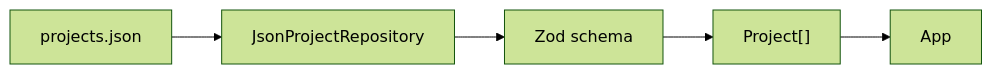
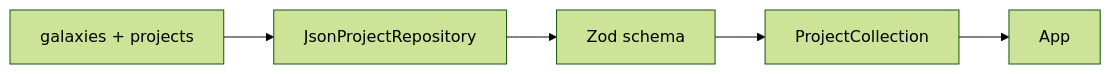
One commit to cjftya/cjftya.github.io changed the second of 2 diagrams in docs/architecture.md. Above: the diagram before and after it, drawn with Mermaid (forest theme). The commit also changed other lines of this file and 18 other files, not shown here.

````diff
--- a/docs/architecture.md
+++ b/docs/architecture.md
@@ -121,7 +123,7 @@
 ```mermaid
 flowchart LR
-  JSON["projects.json"] --> Repository["JsonProjectRepository"]
+  JSON["galaxies + projects"] --> Repository["JsonProjectRepository"]
   Repository --> Schema["Zod schema"]
-  Schema --> Projects["Project[]"]
-  Projects --> App["App"]
+  Schema --> Catalog["ProjectCollection"]
+  Catalog --> App["App"]
 ```
````
